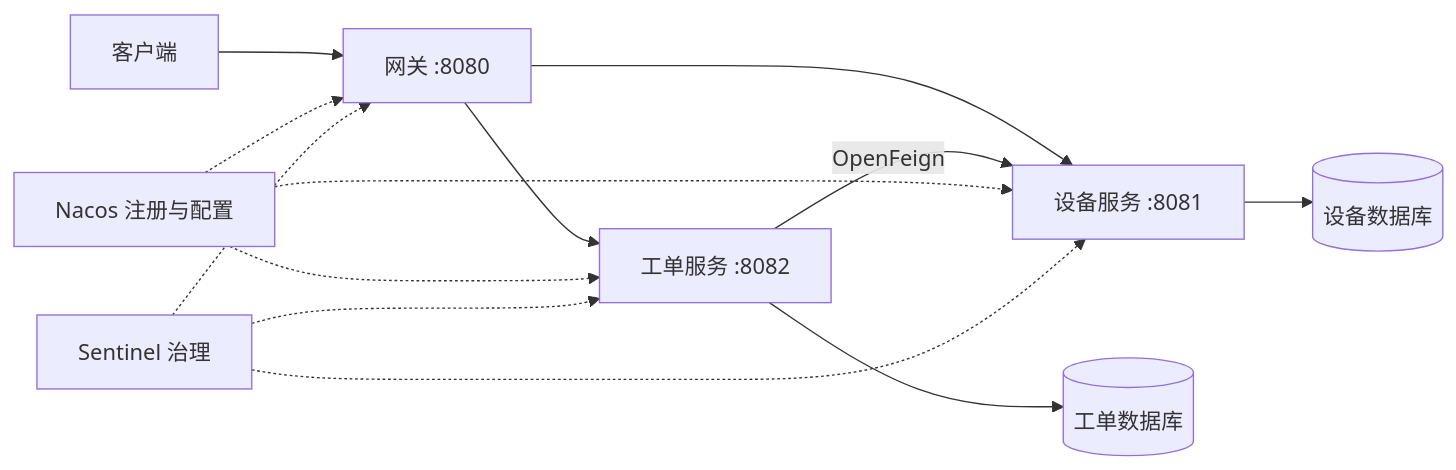
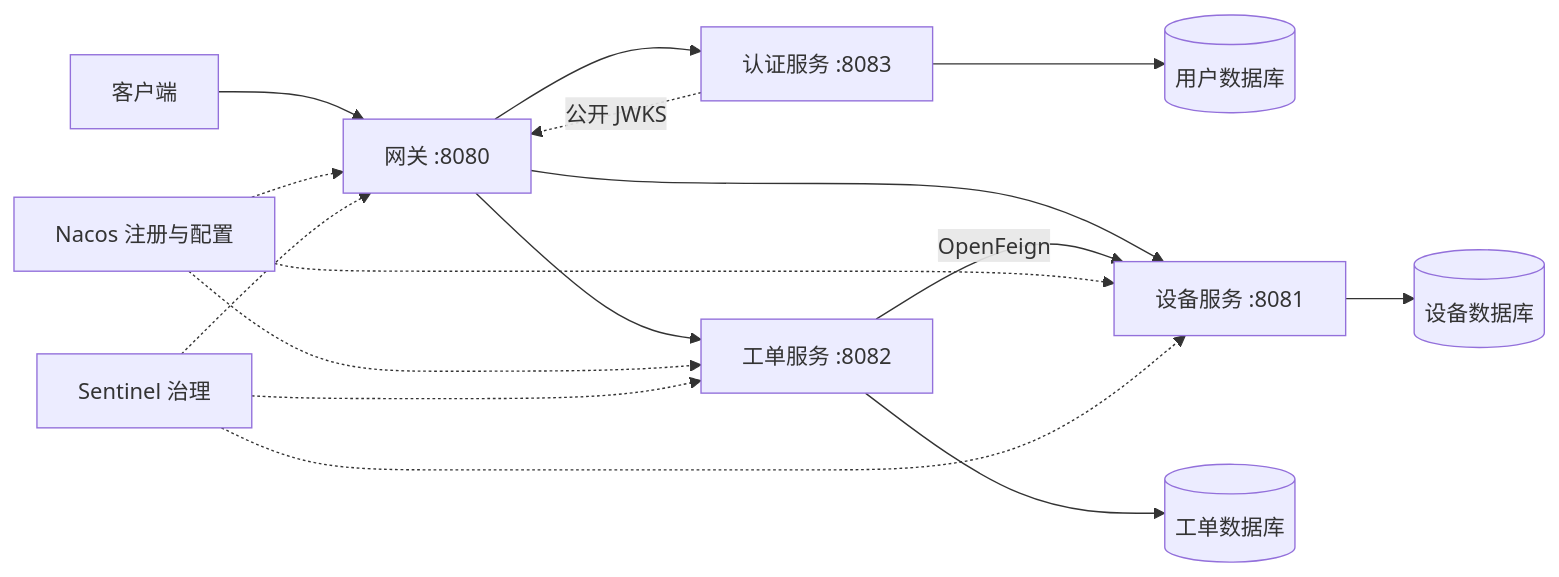
Before and after one commit to Akarin7784/smart-manufacturing-cloud: the diagram in README.md, drawn with Mermaid. The commit also changed other lines of this file and 59 other files, not shown here.

````diff
--- a/README.md
+++ b/README.md
@@ -27,15 +28,18 @@
 ```mermaid
 flowchart LR
     Client[客户端] --> Gateway[网关 :8080]
+    Gateway --> Auth[认证服务 :8083]
+    Auth --> AuthDB[(用户数据库)]
+    Auth -.->|公开 JWKS| Gateway
     Gateway --> Device[设备服务 :8081]
     Gateway --> Order[工单服务 :8082]
     Order -->|OpenFeign| Device
     Device --> DeviceDB[(设备数据库)]
     Order --> OrderDB[(工单数据库)]
     Nacos[Nacos 注册与配置] -.-> Gateway
     Nacos -.-> Device
     Nacos -.-> Order
     Sentinel[Sentinel 治理] -.-> Gateway
     Sentinel -.-> Device
     Sentinel -.-> Order
 ```
````
